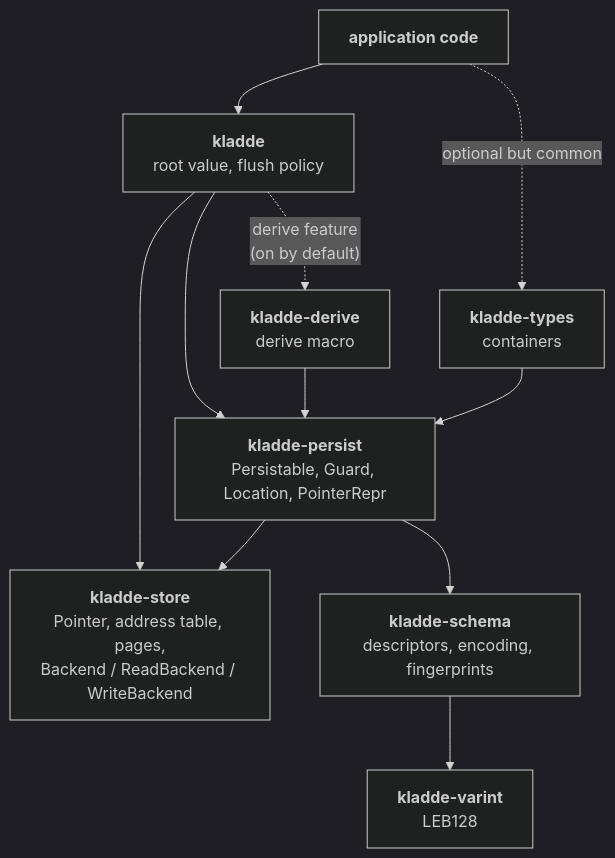
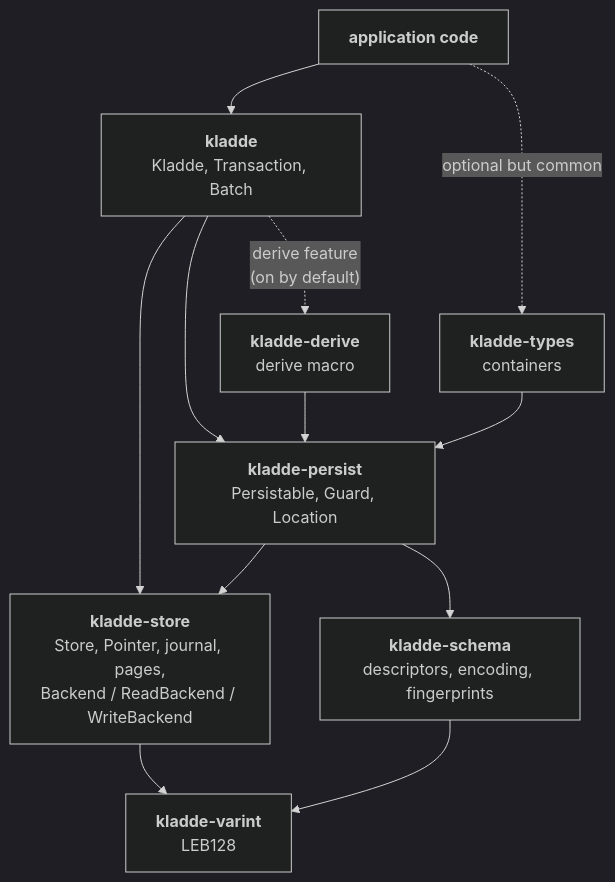
Before and after one commit to kladde-dev/kladde-docs: the diagram in content/rust/crates.md, drawn with Mermaid (dark theme). The commit also changed other lines of this file and 19 other files, not shown here.

````diff
--- a/content/rust/crates.md
+++ b/content/rust/crates.md
@@ -21,21 +21,22 @@
 ```mermaid
 graph TD
   APP["<strong>application code</strong>"]
-  K["<strong>kladde</strong><br/>root value, flush policy"]
+  K["<strong>kladde</strong><br/>Kladde, Transaction, Batch"]
   T["<strong>kladde-types</strong><br/>containers"]
   D["<strong>kladde-derive</strong><br/>derive macro"]
-  P["<strong>kladde-persist</strong><br/>Persistable, Guard, Location, PointerRepr"]
+  P["<strong>kladde-persist</strong><br/>Persistable, Guard, Location"]
   S["<strong>kladde-schema</strong><br/>descriptors, encoding, fingerprints"]
   V["<strong>kladde-varint</strong><br/>LEB128"]
-  H["<strong>kladde-store</strong><br/>Pointer, address table, pages,<br/>Backend / ReadBackend / WriteBackend"]
+  H["<strong>kladde-store</strong><br/>Store, Pointer, journal, pages,<br/>Backend / ReadBackend / WriteBackend"]
   APP --> K
   APP -. optional but common .-> T
   K --> H
   K --> P
   K -. "derive" feature<br/>(on by default) .-> D
   T --> P
   D --> P
   P --> H
   P --> S
   S --> V
+  H --> V
 ```
````
